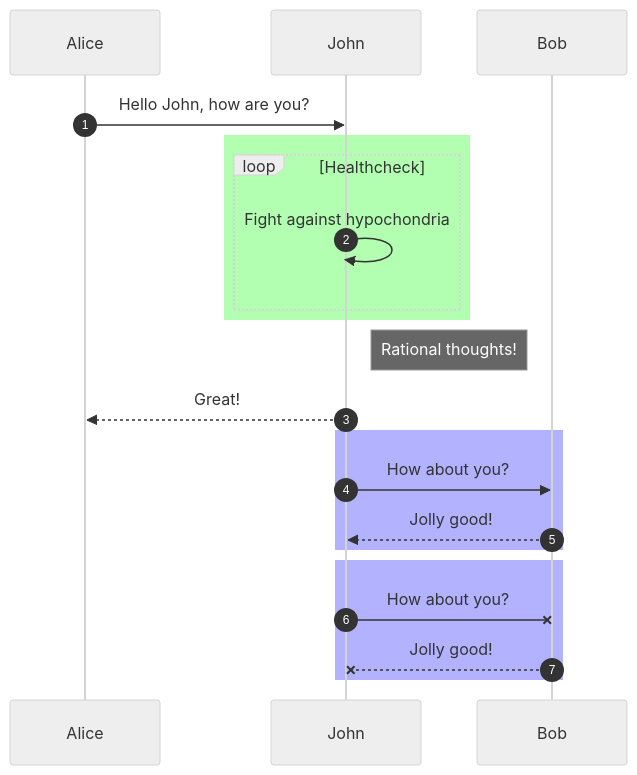
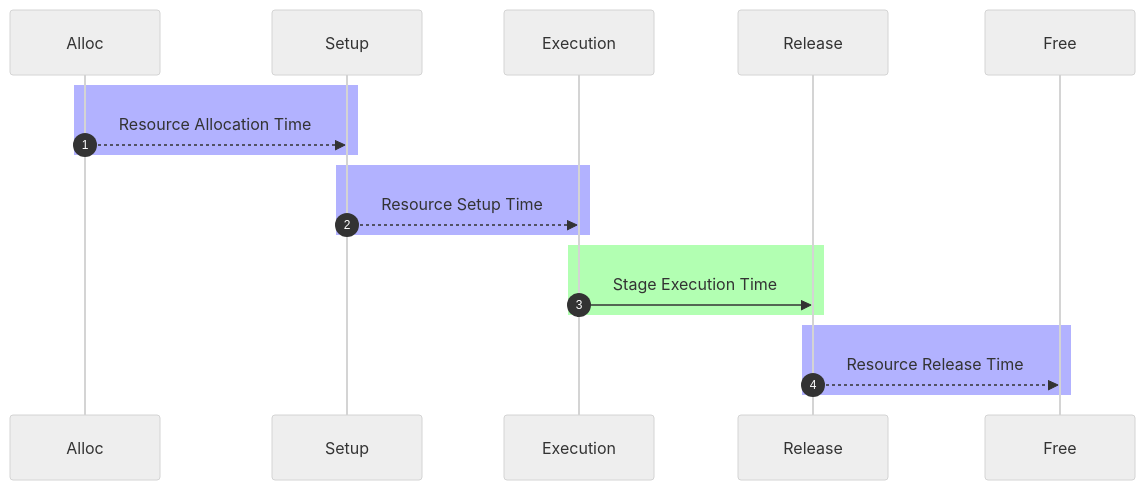
Before and after one commit to bampli/doc: the third of 3 diagrams in docs/content/posts/times-of-gain.md, drawn with Mermaid (neutral theme). The commit also changed other lines of this file, not shown here.

```diff
--- a/docs/content/posts/times-of-gain.md
+++ b/docs/content/posts/times-of-gain.md
@@ -120,20 +114,16 @@
 {{< mermaid >}}
 sequenceDiagram
     autonumber
-    Alice->>John: Hello John, how are you?
-    rect rgb(0, 255, 0, .3)
-        loop Healthcheck
-            John->>John: Fight against hypochondria
-        end
-    end
-    Note right of John: Rational thoughts!
-    John-->>Alice: Great!
     rect rgb(0, 0, 255, .3)
-        John->>Bob: How about you?
-        Bob-->>John: Jolly good!
+        Alloc-->>Setup: Resource Allocation Time
     end
     rect rgb(0, 0, 255, .3)
-        John-xBob: How about you?
-        Bob--xJohn: Jolly good!
+        Setup-->>Execution: Resource Setup Time
+    end
+    rect rgb(0, 255, 0, .3)
+        Execution->>Release: Stage Execution Time
+    end
+    rect rgb(0, 0, 255, .3)
+        Release-->>Free: Resource Release Time
     end
 {{< /mermaid >}}
```
